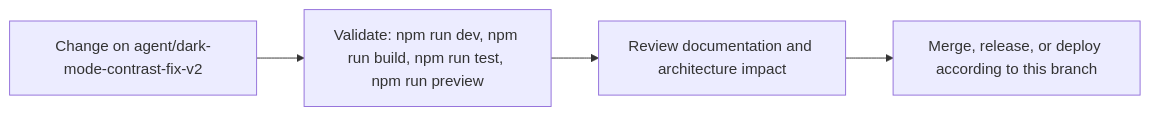
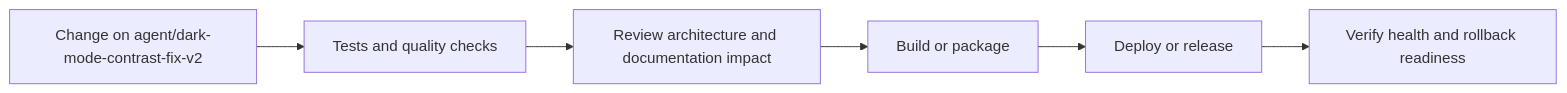
Before and after one commit to Nischhalsubba/Napiyo: the fourth of 5 diagrams in README.md, drawn with Mermaid. The commit also changed other lines of this file, not shown here.

````diff
--- a/README.md
+++ b/README.md
@@ -72,8 +153,8 @@
 ```mermaid
 flowchart LR
-    CHANGE["Change on agent/dark-mode-contrast-fix-v2"]
-    CHECK["Validate: npm run dev, npm run build, npm run test, npm run preview"]
-    REVIEW["Review documentation and architecture impact"]
-    RELEASE["Merge, release, or deploy according to this branch"]
-    CHANGE --> CHECK --> REVIEW --> RELEASE
+    CHANGE["Change on agent/dark-mode-contrast-fix-v2"] --> CHECK["Tests and quality checks"]
+    CHECK --> REVIEW["Review architecture and documentation impact"]
+    REVIEW --> BUILD["Build or package"]
+    BUILD --> DEPLOY["Deploy or release"]
+    DEPLOY --> VERIFY["Verify health and rollback readiness"]
 ```
````
